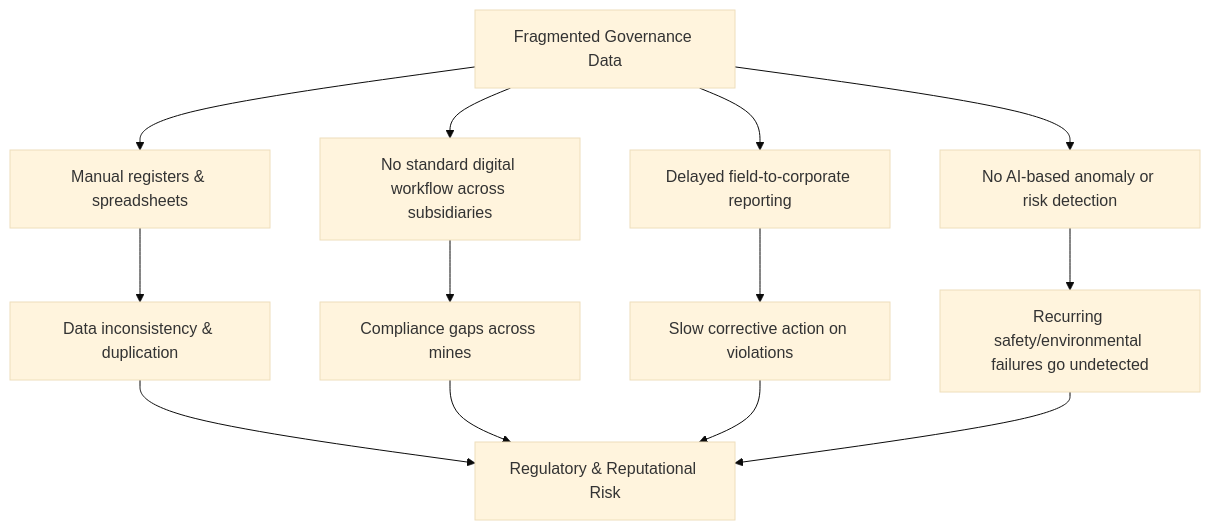
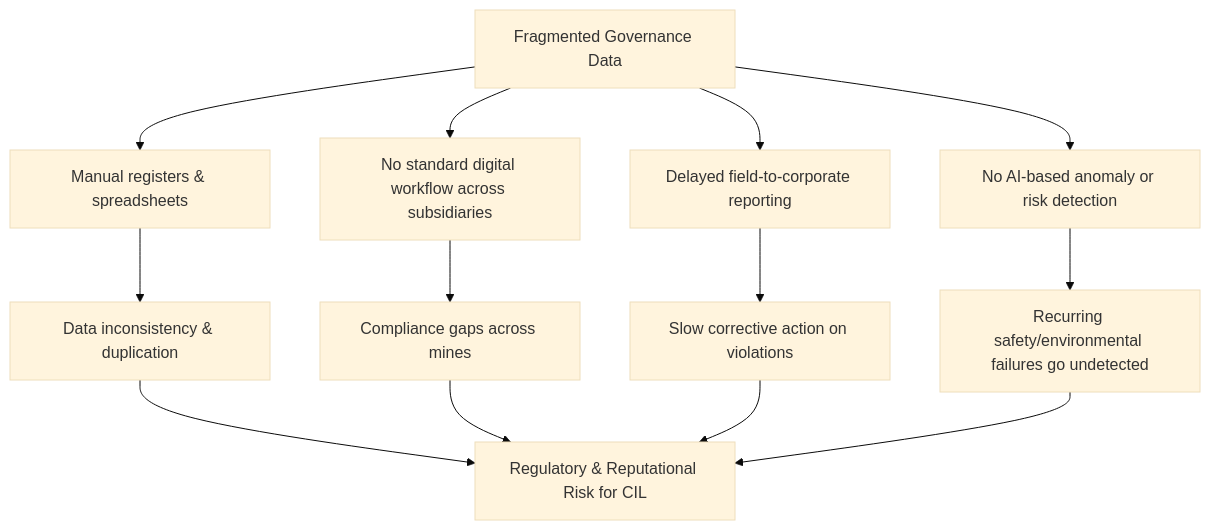
One commit to Coalmast/SIH2k26-1 changed the first of 8 diagrams in docs/Product Brief.md. Above: the diagram before and after it, drawn with Mermaid (base theme). The commit also changed other lines of this file and 25 other files, not shown here.

````diff
--- a/docs/Product Brief.md
+++ b/docs/Product Brief.md
@@ -30,17 +36,17 @@
 ```mermaid
 flowchart TD
     A[Fragmented Governance Data] --> B[Manual registers & spreadsheets]
     A --> C[No standard digital workflow across subsidiaries]
     A --> D[Delayed field-to-corporate reporting]
     A --> E[No AI-based anomaly or risk detection]
 
     B --> F[Data inconsistency & duplication]
     C --> G[Compliance gaps across mines]
     D --> H[Slow corrective action on violations]
     E --> I[Recurring safety/environmental failures go undetected]
 
-    F --> J[Regulatory & Reputational Risk]
+    F --> J[Regulatory & Reputational Risk for CIL]
     G --> J
     H --> J
     I --> J
 ```
````
